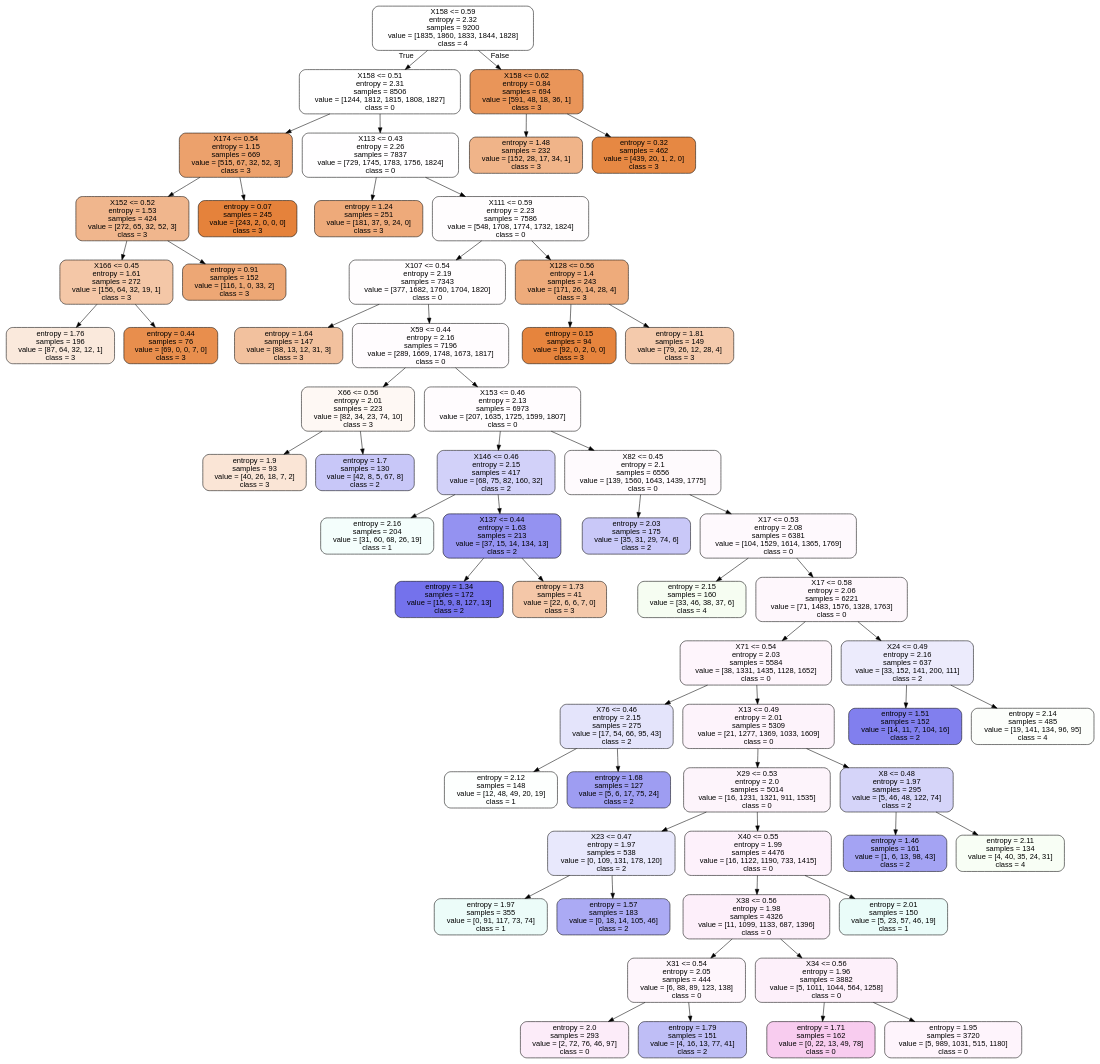
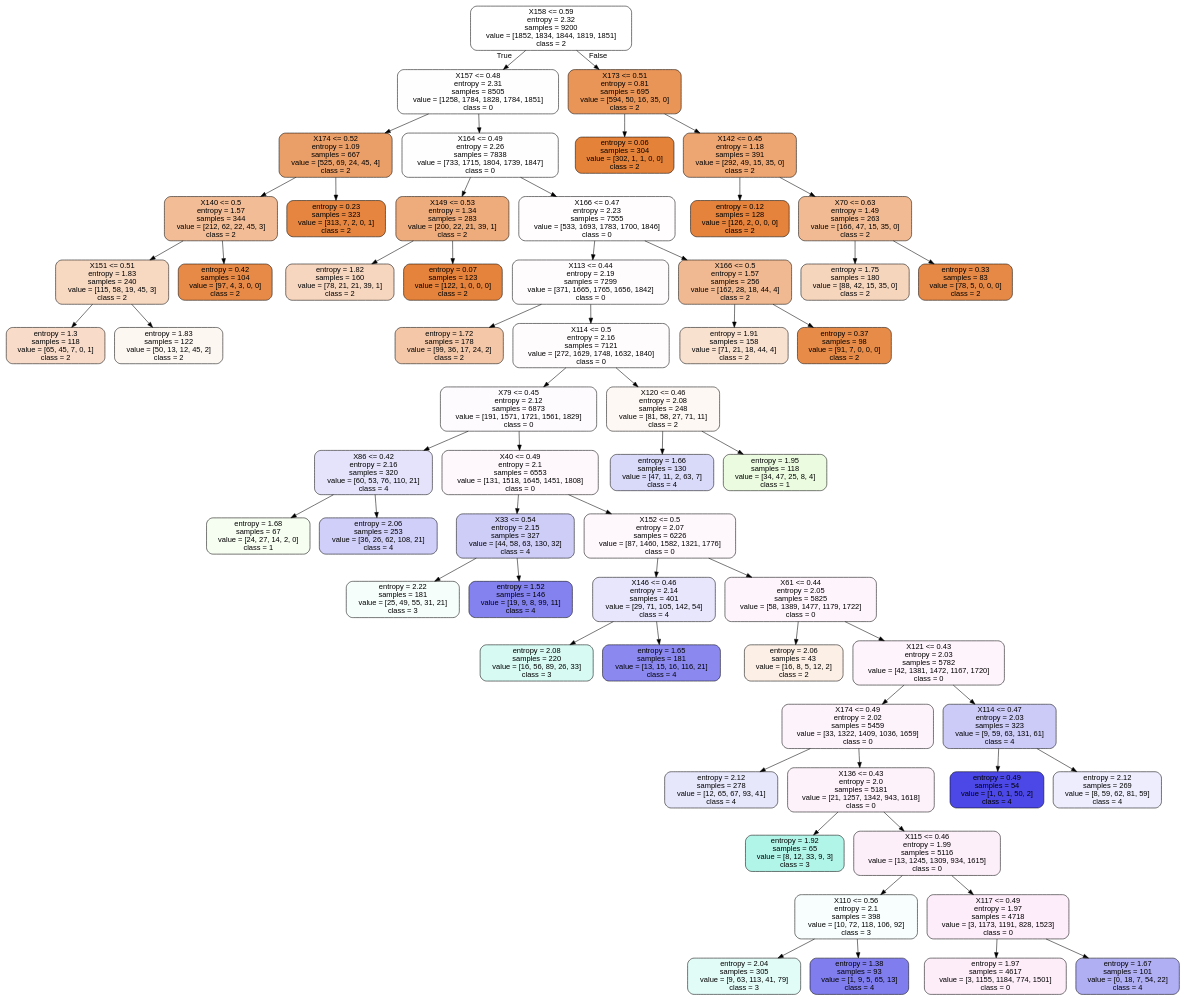
Before and after one commit to Manneq/Epileptic_Seizure_Recognition: the diagram in output_data/multivariate_analysis/initial/decision_tree/tree.dot, drawn with Graphviz. The commit also changed 13 other files, not shown here.

```diff
--- a/output_data/multivariate_analysis/initial/decision_tree/tree.dot
+++ b/output_data/multivariate_analysis/initial/decision_tree/tree.dot
@@ -1,121 +1,121 @@
 digraph Tree {
 node [shape=box, style="filled, rounded", color="black", fontname=helvetica] ;
 edge [fontname=helvetica] ;
-0 [label="X158 <= 0.59\nentropy = 2.32\nsamples = 9200\nvalue = [1835, 1860, 1833, 1844, 1828]\nclass = 4", fillcolor="#ffffff"] ;
-1 [label="X158 <= 0.51\nentropy = 2.31\nsamples = 8506\nvalue = [1244, 1812, 1815, 1808, 1827]\nclass = 0", fillcolor="#ffffff"] ;
+0 [label="X158 <= 0.59\nentropy = 2.32\nsamples = 9200\nvalue = [1852, 1834, 1844, 1819, 1851]\nclass = 2", fillcolor="#ffffff"] ;
+1 [label="X157 <= 0.48\nentropy = 2.31\nsamples = 8505\nvalue = [1258, 1784, 1828, 1784, 1851]\nclass = 0", fillcolor="#fffeff"] ;
 0 -> 1 [labeldistance=2.5, labelangle=45, headlabel="True"] ;
-3 [label="X174 <= 0.54\nentropy = 1.15\nsamples = 669\nvalue = [515, 67, 32, 52, 3]\nclass = 3", fillcolor="#eca16c"] ;
+3 [label="X174 <= 0.52\nentropy = 1.09\nsamples = 667\nvalue = [525, 69, 24, 45, 4]\nclass = 2", fillcolor="#eb9f68"] ;
 1 -> 3 ;
-21 [label="X152 <= 0.52\nentropy = 1.53\nsamples = 424\nvalue = [272, 65, 32, 52, 3]\nclass = 3", fillcolor="#f0b68d"] ;
-3 -> 21 ;
-31 [label="X166 <= 0.45\nentropy = 1.61\nsamples = 272\nvalue = [156, 64, 32, 19, 1]\nclass = 3", fillcolor="#f4c7a7"] ;
-21 -> 31 ;
-43 [label="entropy = 1.76\nsamples = 196\nvalue = [87, 64, 32, 12, 1]\nclass = 3", fillcolor="#fae9dc"] ;
-31 -> 43 ;
-44 [label="entropy = 0.44\nsamples = 76\nvalue = [69, 0, 0, 7, 0]\nclass = 3", fillcolor="#e88e4d"] ;
-31 -> 44 ;
-32 [label="entropy = 0.91\nsamples = 152\nvalue = [116, 1, 0, 33, 2]\nclass = 3", fillcolor="#eda775"] ;
-21 -> 32 ;
-22 [label="entropy = 0.07\nsamples = 245\nvalue = [243, 2, 0, 0, 0]\nclass = 3", fillcolor="#e5823b"] ;
-3 -> 22 ;
-4 [label="X113 <= 0.43\nentropy = 2.26\nsamples = 7837\nvalue = [729, 1745, 1783, 1756, 1824]\nclass = 0", fillcolor="#fffeff"] ;
+17 [label="X140 <= 0.5\nentropy = 1.57\nsamples = 344\nvalue = [212, 62, 22, 45, 3]\nclass = 2", fillcolor="#f1bc96"] ;
+3 -> 17 ;
+41 [label="X151 <= 0.51\nentropy = 1.83\nsamples = 240\nvalue = [115, 58, 19, 45, 3]\nclass = 2", fillcolor="#f7d8c1"] ;
+17 -> 41 ;
+43 [label="entropy = 1.3\nsamples = 118\nvalue = [65, 45, 7, 0, 1]\nclass = 2", fillcolor="#f8dcc9"] ;
+41 -> 43 ;
+44 [label="entropy = 1.83\nsamples = 122\nvalue = [50, 13, 12, 45, 2]\nclass = 2", fillcolor="#fdf7f2"] ;
+41 -> 44 ;
+42 [label="entropy = 0.42\nsamples = 104\nvalue = [97, 4, 3, 0, 0]\nclass = 2", fillcolor="#e78a47"] ;
+17 -> 42 ;
+18 [label="entropy = 0.23\nsamples = 323\nvalue = [313, 7, 2, 0, 1]\nclass = 2", fillcolor="#e6853f"] ;
+3 -> 18 ;
+4 [label="X164 <= 0.49\nentropy = 2.26\nsamples = 7838\nvalue = [733, 1715, 1804, 1739, 1847]\nclass = 0", fillcolor="#fffeff"] ;
 1 -> 4 ;
-5 [label="entropy = 1.24\nsamples = 251\nvalue = [181, 37, 9, 24, 0]\nclass = 3", fillcolor="#eeaa7a"] ;
+5 [label="X149 <= 0.53\nentropy = 1.34\nsamples = 283\nvalue = [200, 22, 21, 39, 1]\nclass = 2", fillcolor="#eeac7c"] ;
 4 -> 5 ;
-6 [label="X111 <= 0.59\nentropy = 2.23\nsamples = 7586\nvalue = [548, 1708, 1774, 1732, 1824]\nclass = 0", fillcolor="#fffdfe"] ;
+25 [label="entropy = 1.82\nsamples = 160\nvalue = [78, 21, 21, 39, 1]\nclass = 2", fillcolor="#f7d6bf"] ;
+5 -> 25 ;
+26 [label="entropy = 0.07\nsamples = 123\nvalue = [122, 1, 0, 0, 0]\nclass = 2", fillcolor="#e5823b"] ;
+5 -> 26 ;
+6 [label="X166 <= 0.47\nentropy = 2.23\nsamples = 7555\nvalue = [533, 1693, 1783, 1700, 1846]\nclass = 0", fillcolor="#fffdfe"] ;
 4 -> 6 ;
-7 [label="X107 <= 0.54\nentropy = 2.19\nsamples = 7343\nvalue = [377, 1682, 1760, 1704, 1820]\nclass = 0", fillcolor="#fffdfe"] ;
+7 [label="X113 <= 0.44\nentropy = 2.19\nsamples = 7299\nvalue = [371, 1665, 1765, 1656, 1842]\nclass = 0", fillcolor="#fffcfe"] ;
 6 -> 7 ;
-9 [label="entropy = 1.64\nsamples = 147\nvalue = [88, 13, 12, 31, 3]\nclass = 3", fillcolor="#f2c19e"] ;
+9 [label="entropy = 1.72\nsamples = 178\nvalue = [99, 36, 17, 24, 2]\nclass = 2", fillcolor="#f3c7a7"] ;
 7 -> 9 ;
-10 [label="X59 <= 0.44\nentropy = 2.16\nsamples = 7196\nvalue = [289, 1669, 1748, 1673, 1817]\nclass = 0", fillcolor="#fffcfe"] ;
+10 [label="X114 <= 0.5\nentropy = 2.16\nsamples = 7121\nvalue = [272, 1629, 1748, 1632, 1840]\nclass = 0", fillcolor="#fffcfe"] ;
 7 -> 10 ;
-11 [label="X66 <= 0.56\nentropy = 2.01\nsamples = 223\nvalue = [82, 34, 23, 74, 10]\nclass = 3", fillcolor="#fef8f4"] ;
+11 [label="X79 <= 0.45\nentropy = 2.12\nsamples = 6873\nvalue = [191, 1571, 1721, 1561, 1829]\nclass = 0", fillcolor="#fefbfe"] ;
 10 -> 11 ;
-47 [label="entropy = 1.9\nsamples = 93\nvalue = [40, 26, 18, 7, 2]\nclass = 3", fillcolor="#fae5d6"] ;
-11 -> 47 ;
-48 [label="entropy = 1.7\nsamples = 130\nvalue = [42, 8, 5, 67, 8]\nclass = 2", fillcolor="#c8c7f8"] ;
-11 -> 48 ;
-12 [label="X153 <= 0.46\nentropy = 2.13\nsamples = 6973\nvalue = [207, 1635, 1725, 1599, 1807]\nclass = 0", fillcolor="#fffcfe"] ;
+13 [label="X86 <= 0.42\nentropy = 2.16\nsamples = 320\nvalue = [60, 53, 76, 110, 21]\nclass = 4", fillcolor="#e4e3fb"] ;
+11 -> 13 ;
+45 [label="entropy = 1.68\nsamples = 67\nvalue = [24, 27, 14, 2, 0]\nclass = 1", fillcolor="#f6fdf1"] ;
+13 -> 45 ;
+46 [label="entropy = 2.06\nsamples = 253\nvalue = [36, 26, 62, 108, 21]\nclass = 4", fillcolor="#d0cff9"] ;
+13 -> 46 ;
+14 [label="X40 <= 0.49\nentropy = 2.1\nsamples = 6553\nvalue = [131, 1518, 1645, 1451, 1808]\nclass = 0", fillcolor="#fef8fd"] ;
+11 -> 14 ;
+15 [label="X33 <= 0.54\nentropy = 2.15\nsamples = 327\nvalue = [44, 58, 63, 130, 32]\nclass = 4", fillcolor="#cecdf8"] ;
+14 -> 15 ;
+29 [label="entropy = 2.22\nsamples = 181\nvalue = [25, 49, 55, 31, 21]\nclass = 3", fillcolor="#f6fefc"] ;
+15 -> 29 ;
+30 [label="entropy = 1.52\nsamples = 146\nvalue = [19, 9, 8, 99, 11]\nclass = 4", fillcolor="#8482ef"] ;
+15 -> 30 ;
+16 [label="X152 <= 0.5\nentropy = 2.07\nsamples = 6226\nvalue = [87, 1460, 1582, 1321, 1776]\nclass = 0", fillcolor="#fef7fc"] ;
+14 -> 16 ;
+19 [label="X146 <= 0.46\nentropy = 2.14\nsamples = 401\nvalue = [29, 71, 105, 142, 54]\nclass = 4", fillcolor="#e7e6fc"] ;
+16 -> 19 ;
+21 [label="entropy = 2.08\nsamples = 220\nvalue = [16, 56, 89, 26, 33]\nclass = 3", fillcolor="#d7faf3"] ;
+19 -> 21 ;
+22 [label="entropy = 1.65\nsamples = 181\nvalue = [13, 15, 16, 116, 21]\nclass = 4", fillcolor="#8b89f0"] ;
+19 -> 22 ;
+20 [label="X61 <= 0.44\nentropy = 2.05\nsamples = 5825\nvalue = [58, 1389, 1477, 1179, 1722]\nclass = 0", fillcolor="#fef4fb"] ;
+16 -> 20 ;
+27 [label="entropy = 2.06\nsamples = 43\nvalue = [16, 8, 5, 12, 2]\nclass = 2", fillcolor="#fcefe5"] ;
+20 -> 27 ;
+28 [label="X121 <= 0.43\nentropy = 2.03\nsamples = 5782\nvalue = [42, 1381, 1472, 1167, 1720]\nclass = 0", fillcolor="#fef4fb"] ;
+20 -> 28 ;
+33 [label="X174 <= 0.49\nentropy = 2.02\nsamples = 5459\nvalue = [33, 1322, 1409, 1036, 1659]\nclass = 0", fillcolor="#fdf3fb"] ;
+28 -> 33 ;
+37 [label="entropy = 2.12\nsamples = 278\nvalue = [12, 65, 67, 93, 41]\nclass = 4", fillcolor="#e7e7fc"] ;
+33 -> 37 ;
+38 [label="X136 <= 0.43\nentropy = 2.0\nsamples = 5181\nvalue = [21, 1257, 1342, 943, 1618]\nclass = 0", fillcolor="#fdf1fa"] ;
+33 -> 38 ;
+47 [label="entropy = 1.92\nsamples = 65\nvalue = [8, 12, 33, 9, 3]\nclass = 3", fillcolor="#b1f5e8"] ;
+38 -> 47 ;
+48 [label="X115 <= 0.46\nentropy = 1.99\nsamples = 5116\nvalue = [13, 1245, 1309, 934, 1615]\nclass = 0", fillcolor="#fdeffa"] ;
+38 -> 48 ;
+51 [label="X110 <= 0.56\nentropy = 2.1\nsamples = 398\nvalue = [10, 72, 118, 106, 92]\nclass = 3", fillcolor="#f7fefd"] ;
+48 -> 51 ;
+53 [label="entropy = 2.04\nsamples = 305\nvalue = [9, 63, 113, 41, 79]\nclass = 3", fillcolor="#e1fbf6"] ;
+51 -> 53 ;
+54 [label="entropy = 1.38\nsamples = 93\nvalue = [1, 9, 5, 65, 13]\nclass = 4", fillcolor="#807eee"] ;
+51 -> 54 ;
+52 [label="X117 <= 0.49\nentropy = 1.97\nsamples = 4718\nvalue = [3, 1173, 1191, 828, 1523]\nclass = 0", fillcolor="#fdecf9"] ;
+48 -> 52 ;
+55 [label="entropy = 1.97\nsamples = 4617\nvalue = [3, 1155, 1184, 774, 1501]\nclass = 0", fillcolor="#fdedf9"] ;
+52 -> 55 ;
+56 [label="entropy = 1.67\nsamples = 101\nvalue = [0, 18, 7, 54, 22]\nclass = 4", fillcolor="#b0aff4"] ;
+52 -> 56 ;
+34 [label="X114 <= 0.47\nentropy = 2.03\nsamples = 323\nvalue = [9, 59, 63, 131, 61]\nclass = 4", fillcolor="#cccbf8"] ;
+28 -> 34 ;
+39 [label="entropy = 0.49\nsamples = 54\nvalue = [1, 0, 1, 50, 2]\nclass = 4", fillcolor="#4b48e7"] ;
+34 -> 39 ;
+40 [label="entropy = 2.12\nsamples = 269\nvalue = [8, 59, 62, 81, 59]\nclass = 4", fillcolor="#ededfd"] ;
+34 -> 40 ;
+12 [label="X120 <= 0.46\nentropy = 2.08\nsamples = 248\nvalue = [81, 58, 27, 71, 11]\nclass = 2", fillcolor="#fef8f4"] ;
 10 -> 12 ;
-13 [label="X146 <= 0.46\nentropy = 2.15\nsamples = 417\nvalue = [68, 75, 82, 160, 32]\nclass = 2", fillcolor="#d2d1f9"] ;
-12 -> 13 ;
-19 [label="entropy = 2.16\nsamples = 204\nvalue = [31, 60, 68, 26, 19]\nclass = 1", fillcolor="#f4fefc"] ;
-13 -> 19 ;
-20 [label="X137 <= 0.44\nentropy = 1.63\nsamples = 213\nvalue = [37, 15, 14, 134, 13]\nclass = 2", fillcolor="#9492f1"] ;
-13 -> 20 ;
-51 [label="entropy = 1.34\nsamples = 172\nvalue = [15, 9, 8, 127, 13]\nclass = 2", fillcolor="#7472ec"] ;
-20 -> 51 ;
-52 [label="entropy = 1.73\nsamples = 41\nvalue = [22, 6, 6, 7, 0]\nclass = 3", fillcolor="#f4c7a8"] ;
-20 -> 52 ;
-14 [label="X82 <= 0.45\nentropy = 2.1\nsamples = 6556\nvalue = [139, 1560, 1643, 1439, 1775]\nclass = 0", fillcolor="#fefafd"] ;
-12 -> 14 ;
-15 [label="entropy = 2.03\nsamples = 175\nvalue = [35, 31, 29, 74, 6]\nclass = 2", fillcolor="#c9c8f8"] ;
-14 -> 15 ;
-16 [label="X17 <= 0.53\nentropy = 2.08\nsamples = 6381\nvalue = [104, 1529, 1614, 1365, 1769]\nclass = 0", fillcolor="#fef9fd"] ;
-14 -> 16 ;
-17 [label="entropy = 2.15\nsamples = 160\nvalue = [33, 46, 38, 37, 6]\nclass = 4", fillcolor="#f6fdf2"] ;
-16 -> 17 ;
-18 [label="X17 <= 0.58\nentropy = 2.06\nsamples = 6221\nvalue = [71, 1483, 1576, 1328, 1763]\nclass = 0", fillcolor="#fef7fc"] ;
-16 -> 18 ;
-23 [label="X71 <= 0.54\nentropy = 2.03\nsamples = 5584\nvalue = [38, 1331, 1435, 1128, 1652]\nclass = 0", fillcolor="#fef5fc"] ;
-18 -> 23 ;
-29 [label="X76 <= 0.46\nentropy = 2.15\nsamples = 275\nvalue = [17, 54, 66, 95, 43]\nclass = 2", fillcolor="#e4e4fb"] ;
-23 -> 29 ;
-35 [label="entropy = 2.12\nsamples = 148\nvalue = [12, 48, 49, 20, 19]\nclass = 1", fillcolor="#fdfffe"] ;
-29 -> 35 ;
-36 [label="entropy = 1.68\nsamples = 127\nvalue = [5, 6, 17, 75, 24]\nclass = 2", fillcolor="#9e9df2"] ;
-29 -> 36 ;
-30 [label="X13 <= 0.49\nentropy = 2.01\nsamples = 5309\nvalue = [21, 1277, 1369, 1033, 1609]\nclass = 0", fillcolor="#fdf3fb"] ;
-23 -> 30 ;
-33 [label="X29 <= 0.53\nentropy = 2.0\nsamples = 5014\nvalue = [16, 1231, 1321, 911, 1535]\nclass = 0", fillcolor="#fdf4fb"] ;
-30 -> 33 ;
-39 [label="X23 <= 0.47\nentropy = 1.97\nsamples = 538\nvalue = [0, 109, 131, 178, 120]\nclass = 2", fillcolor="#e8e8fc"] ;
-33 -> 39 ;
-41 [label="entropy = 1.97\nsamples = 355\nvalue = [0, 91, 117, 73, 74]\nclass = 1", fillcolor="#ecfcf9"] ;
-39 -> 41 ;
-42 [label="entropy = 1.57\nsamples = 183\nvalue = [0, 18, 14, 105, 46]\nclass = 2", fillcolor="#abaaf4"] ;
-39 -> 42 ;
-40 [label="X40 <= 0.55\nentropy = 1.99\nsamples = 4476\nvalue = [16, 1122, 1190, 733, 1415]\nclass = 0", fillcolor="#fdf1fb"] ;
-33 -> 40 ;
-49 [label="X38 <= 0.56\nentropy = 1.98\nsamples = 4326\nvalue = [11, 1099, 1133, 687, 1396]\nclass = 0", fillcolor="#fdeffa"] ;
-40 -> 49 ;
-53 [label="X31 <= 0.54\nentropy = 2.05\nsamples = 444\nvalue = [6, 88, 89, 123, 138]\nclass = 0", fillcolor="#fef6fc"] ;
-49 -> 53 ;
-57 [label="entropy = 2.0\nsamples = 293\nvalue = [2, 72, 76, 46, 97]\nclass = 0", fillcolor="#fcecf9"] ;
-53 -> 57 ;
-58 [label="entropy = 1.79\nsamples = 151\nvalue = [4, 16, 13, 77, 41]\nclass = 2", fillcolor="#bfbef6"] ;
-53 -> 58 ;
-54 [label="X34 <= 0.56\nentropy = 1.96\nsamples = 3882\nvalue = [5, 1011, 1044, 564, 1258]\nclass = 0", fillcolor="#fdf0fa"] ;
-49 -> 54 ;
-55 [label="entropy = 1.71\nsamples = 162\nvalue = [0, 22, 13, 49, 78]\nclass = 0", fillcolor="#f8ccef"] ;
-54 -> 55 ;
-56 [label="entropy = 1.95\nsamples = 3720\nvalue = [5, 989, 1031, 515, 1180]\nclass = 0", fillcolor="#fef4fc"] ;
-54 -> 56 ;
-50 [label="entropy = 2.01\nsamples = 150\nvalue = [5, 23, 57, 46, 19]\nclass = 1", fillcolor="#eafcf9"] ;
-40 -> 50 ;
-34 [label="X8 <= 0.48\nentropy = 1.97\nsamples = 295\nvalue = [5, 46, 48, 122, 74]\nclass = 2", fillcolor="#d5d4f9"] ;
-30 -> 34 ;
-37 [label="entropy = 1.46\nsamples = 161\nvalue = [1, 6, 13, 98, 43]\nclass = 2", fillcolor="#a4a3f3"] ;
-34 -> 37 ;
-38 [label="entropy = 2.11\nsamples = 134\nvalue = [4, 40, 35, 24, 31]\nclass = 4", fillcolor="#f8fef5"] ;
-34 -> 38 ;
-24 [label="X24 <= 0.49\nentropy = 2.16\nsamples = 637\nvalue = [33, 152, 141, 200, 111]\nclass = 2", fillcolor="#ecebfc"] ;
-18 -> 24 ;
-25 [label="entropy = 1.51\nsamples = 152\nvalue = [14, 11, 7, 104, 16]\nclass = 2", fillcolor="#817fee"] ;
-24 -> 25 ;
-26 [label="entropy = 2.14\nsamples = 485\nvalue = [19, 141, 134, 96, 95]\nclass = 4", fillcolor="#fcfefb"] ;
-24 -> 26 ;
-8 [label="X128 <= 0.56\nentropy = 1.4\nsamples = 243\nvalue = [171, 26, 14, 28, 4]\nclass = 3", fillcolor="#eeab7b"] ;
+31 [label="entropy = 1.66\nsamples = 130\nvalue = [47, 11, 2, 63, 7]\nclass = 4", fillcolor="#d9d9fa"] ;
+12 -> 31 ;
+32 [label="entropy = 1.95\nsamples = 118\nvalue = [34, 47, 25, 8, 4]\nclass = 1", fillcolor="#ebfbe0"] ;
+12 -> 32 ;
+8 [label="X166 <= 0.5\nentropy = 1.57\nsamples = 256\nvalue = [162, 28, 18, 44, 4]\nclass = 2", fillcolor="#f1b991"] ;
 6 -> 8 ;
-45 [label="entropy = 0.15\nsamples = 94\nvalue = [92, 0, 2, 0, 0]\nclass = 3", fillcolor="#e6843d"] ;
-8 -> 45 ;
-46 [label="entropy = 1.81\nsamples = 149\nvalue = [79, 26, 12, 28, 4]\nclass = 3", fillcolor="#f4caac"] ;
-8 -> 46 ;
-2 [label="X158 <= 0.62\nentropy = 0.84\nsamples = 694\nvalue = [591, 48, 18, 36, 1]\nclass = 3", fillcolor="#e99559"] ;
+35 [label="entropy = 1.91\nsamples = 158\nvalue = [71, 21, 18, 44, 4]\nclass = 2", fillcolor="#f9e1d0"] ;
+8 -> 35 ;
+36 [label="entropy = 0.37\nsamples = 98\nvalue = [91, 7, 0, 0, 0]\nclass = 2", fillcolor="#e78b48"] ;
+8 -> 36 ;
+2 [label="X173 <= 0.51\nentropy = 0.81\nsamples = 695\nvalue = [594, 50, 16, 35, 0]\nclass = 2", fillcolor="#e99558"] ;
 0 -> 2 [labeldistance=2.5, labelangle=-45, headlabel="False"] ;
-27 [label="entropy = 1.48\nsamples = 232\nvalue = [152, 28, 17, 34, 1]\nclass = 3", fillcolor="#f0b489"] ;
-2 -> 27 ;
-28 [label="entropy = 0.32\nsamples = 462\nvalue = [439, 20, 1, 2, 0]\nclass = 3", fillcolor="#e68843"] ;
-2 -> 28 ;
+23 [label="entropy = 0.06\nsamples = 304\nvalue = [302, 1, 1, 0, 0]\nclass = 2", fillcolor="#e5823a"] ;
+2 -> 23 ;
+24 [label="X142 <= 0.45\nentropy = 1.18\nsamples = 391\nvalue = [292, 49, 15, 35, 0]\nclass = 2", fillcolor="#eda572"] ;
+2 -> 24 ;
+49 [label="entropy = 0.12\nsamples = 128\nvalue = [126, 2, 0, 0, 0]\nclass = 2", fillcolor="#e5833c"] ;
+24 -> 49 ;
+50 [label="X70 <= 0.63\nentropy = 1.49\nsamples = 263\nvalue = [166, 47, 15, 35, 0]\nclass = 2", fillcolor="#f1ba92"] ;
+24 -> 50 ;
+57 [label="entropy = 1.75\nsamples = 180\nvalue = [88, 42, 15, 35, 0]\nclass = 2", fillcolor="#f6d5bd"] ;
+50 -> 57 ;
+58 [label="entropy = 0.33\nsamples = 83\nvalue = [78, 5, 0, 0, 0]\nclass = 2", fillcolor="#e78946"] ;
+50 -> 58 ;
 }
```
